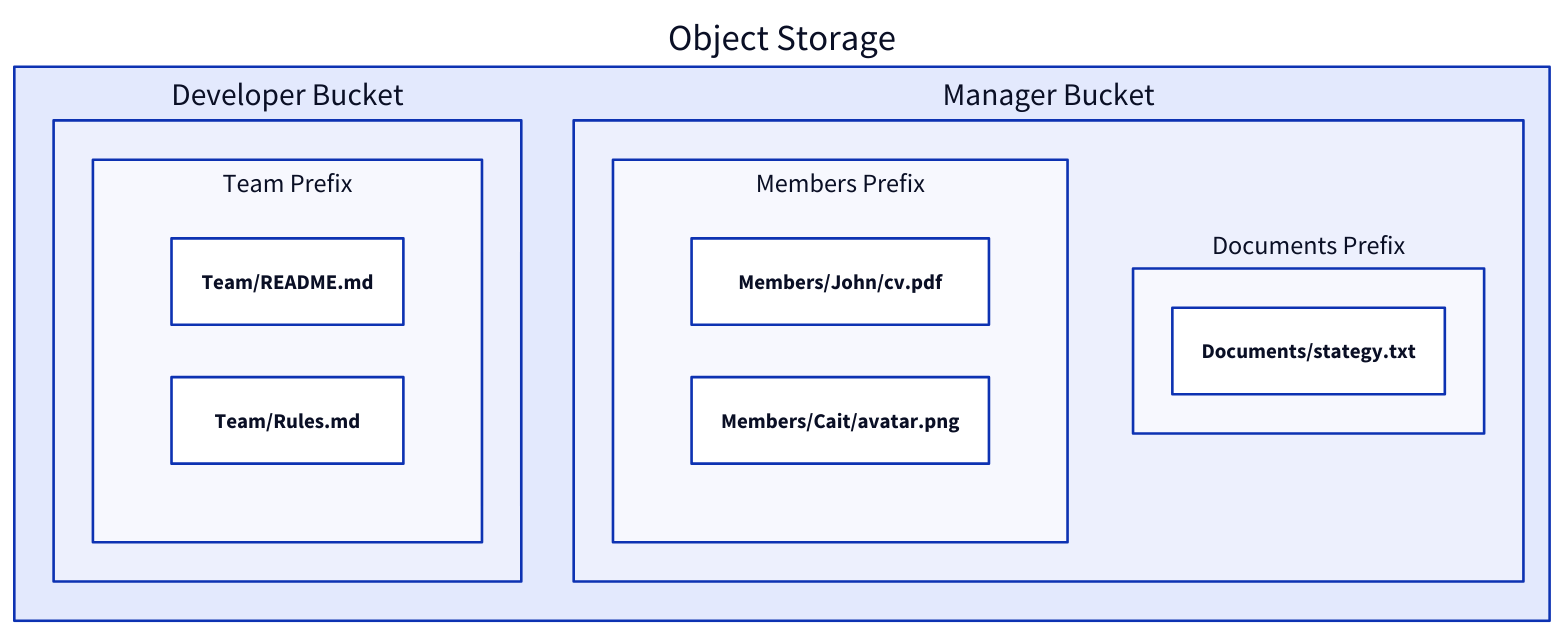
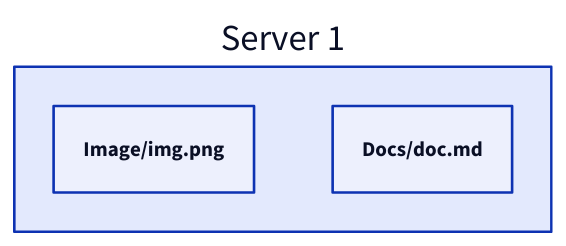
The fourth of 19 diagrams in content/docs/data-persistence/media-storage.md (link1905/system-design-101), drawn with D2 before and after one commit. The commit also changed other lines of this file and 8 other files, not shown here.

````diff
--- a/content/docs/data-persistence/media-storage.md
+++ b/content/docs/data-persistence/media-storage.md
@@ -95,21 +120,10 @@
 ```d2
-Object Storage {
-  Developer Bucket {
-    Team Prefix {
-      grid-columns: 1
-      "Team/README.md"
-      "Team/Rules.md"
-    }
+s1: Server 1 {
+  "Image/img.png": {
+    class: file
   }
-  Manager Bucket {
-    Members Prefix {
-      grid-columns: 1
-      "Members/John/cv.pdf"
-      "Members/Cait/avatar.png"
-    }
-    Documents Prefix {
-      "Documents/stategy.txt"
-    }
+  "Docs/doc.md": {
+    class: file
   }
 }
 ```
````
